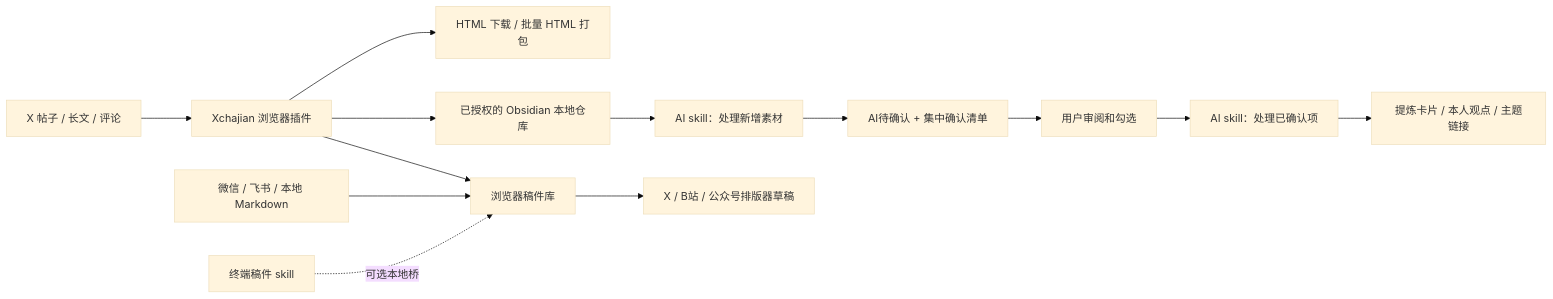
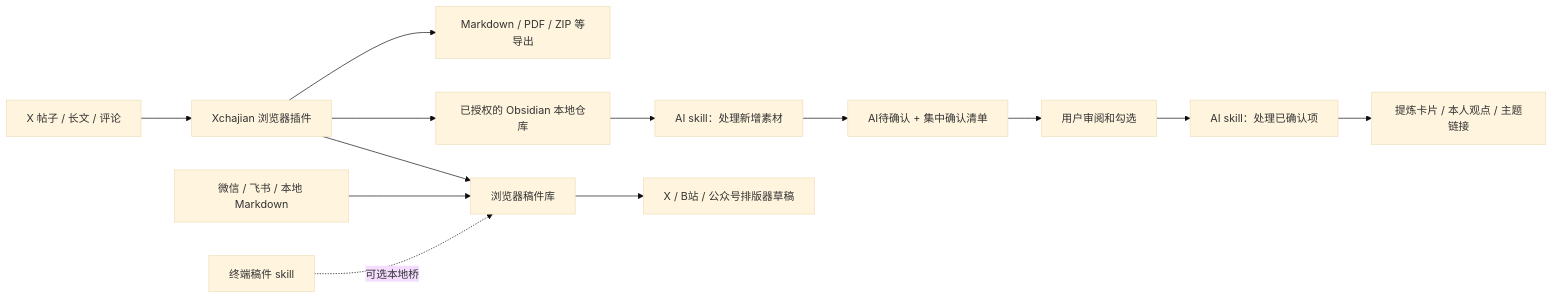
The diagram in README.md (zhuy3075-ui/Xchajian), drawn with Mermaid (base theme) before and after one commit. The commit also changed other lines of this file and 11 other files, not shown here.

````diff
--- a/README.md
+++ b/README.md
@@ -26,15 +26,15 @@
 ```mermaid
 flowchart LR
     X[X 帖子 / 长文 / 评论] --> E[Xchajian 浏览器插件]
-    E --> M[HTML 下载 / 批量 HTML 打包]
+    E --> M[Markdown / PDF / ZIP 等导出]
     E --> V[已授权的 Obsidian 本地仓库]
     V --> A[AI skill：处理新增素材]
     A --> C[AI待确认 + 集中确认清单]
     C --> H[用户审阅和勾选]
     H --> F[AI skill：处理已确认项]
     F --> N[提炼卡片 / 本人观点 / 主题链接]
     W[微信 / 飞书 / 本地 Markdown] --> L[浏览器稿件库]
     E --> L
     L --> D[X / B站 / 公众号排版器草稿]
     T[终端稿件 skill] -. 可选本地桥 .-> L
 ```
````
